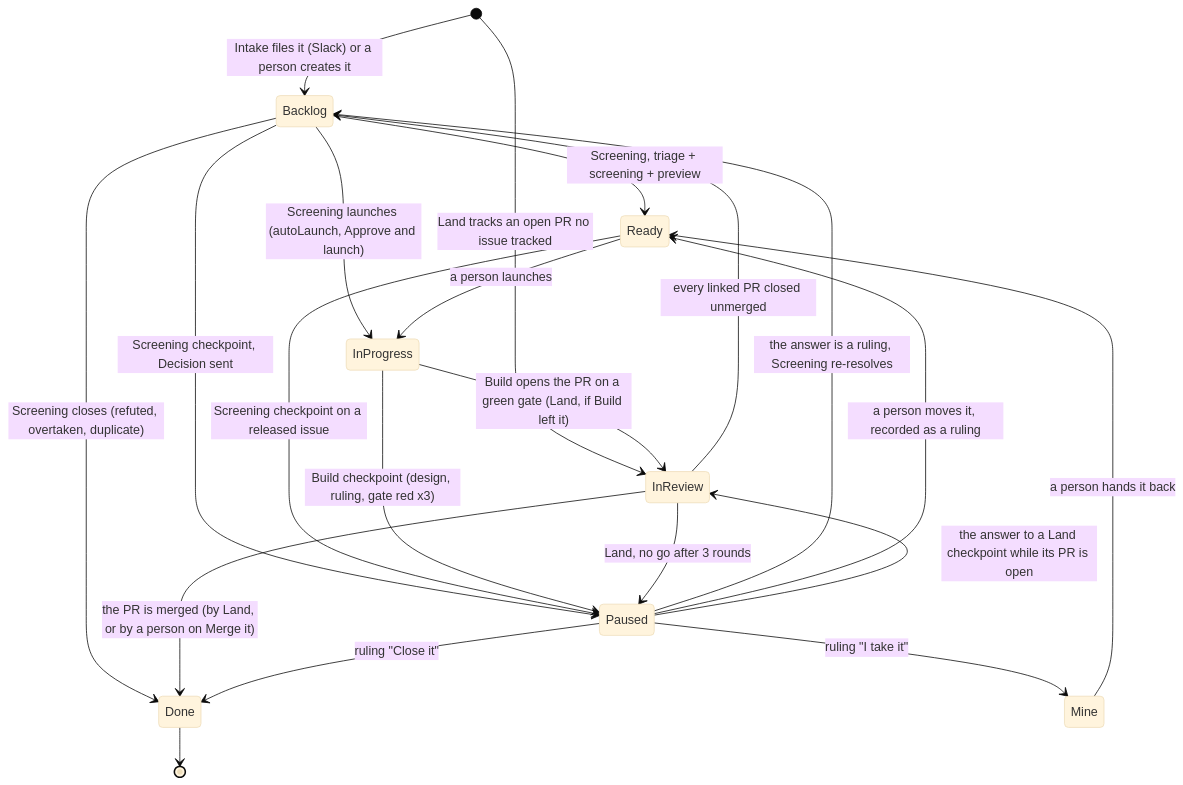
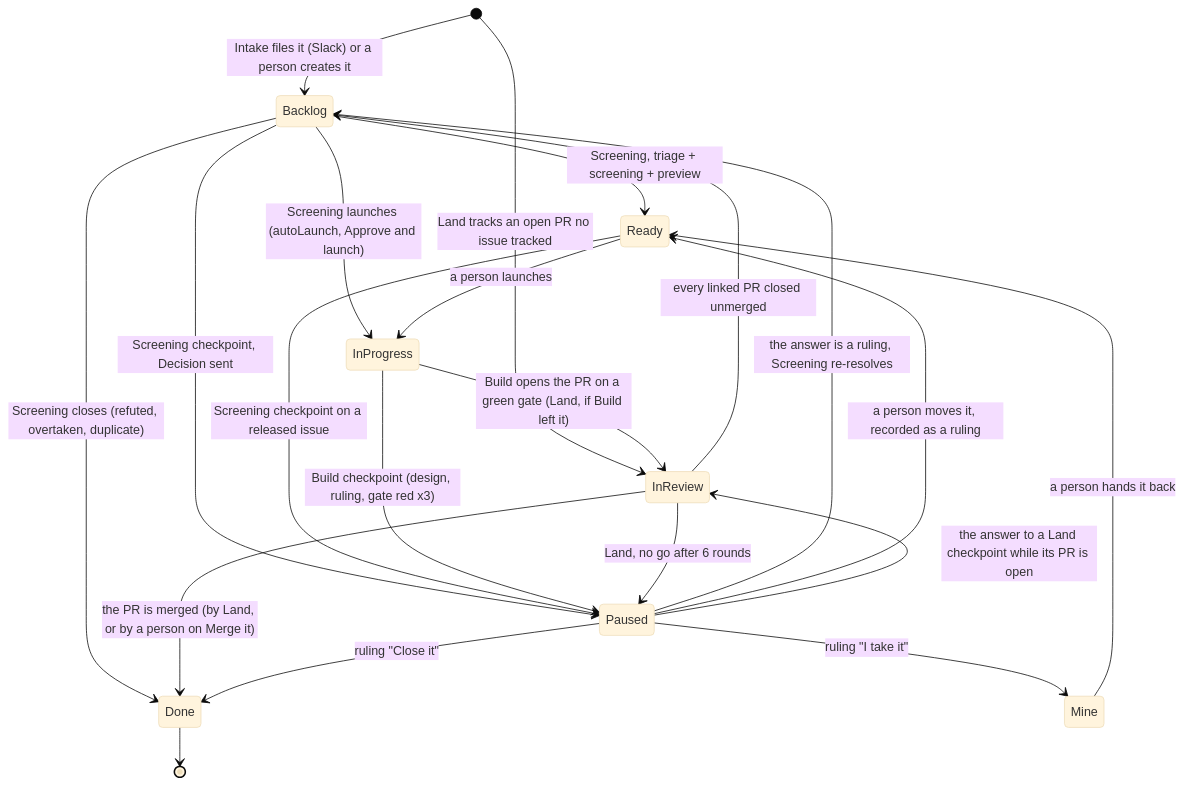
The diagram in skills/working-on-issues/workflow.md (standardshq/skills), drawn with Mermaid (base theme) before and after one commit. The commit also changed other lines of this file and 16 other files, not shown here.

First line of the commit message:
feat: no claim, six Land rounds, pull request labels and an Ops stage (#25)

````diff
--- a/skills/working-on-issues/workflow.md
+++ b/skills/working-on-issues/workflow.md
@@ -6,23 +6,23 @@
 ```mermaid
 stateDiagram-v2
   [*] --> Backlog: Intake files it (Slack) or a person creates it
   [*] --> InReview: Land tracks an open PR no issue tracked
   Backlog --> Ready: Screening, triage + screening + preview
   Backlog --> InProgress: Screening launches (autoLaunch, Approve and launch)
   Backlog --> Paused: Screening checkpoint, Decision sent
   Backlog --> Done: Screening closes (refuted, overtaken, duplicate)
   Ready --> InProgress: a person launches
   Ready --> Paused: Screening checkpoint on a released issue
   InProgress --> InReview: Build opens the PR on a green gate (Land, if Build left it)
   InProgress --> Paused: Build checkpoint (design, ruling, gate red x3)
   InReview --> Done: the PR is merged (by Land, or by a person on Merge it)
-  InReview --> Paused: Land, no go after 3 rounds
+  InReview --> Paused: Land, no go after 6 rounds
   InReview --> Backlog: every linked PR closed unmerged
   Paused --> Backlog: the answer is a ruling, Screening re-resolves
   Paused --> Ready: a person moves it, recorded as a ruling
   Paused --> Mine: ruling "I take it"
   Paused --> InReview: the answer to a Land checkpoint while its PR is open
   Paused --> Done: ruling "Close it"
   Mine --> Ready: a person hands it back
   Done --> [*]
 ```
````
